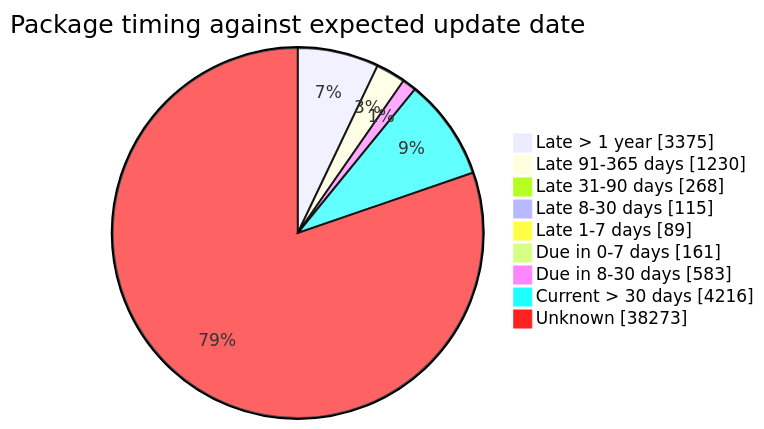
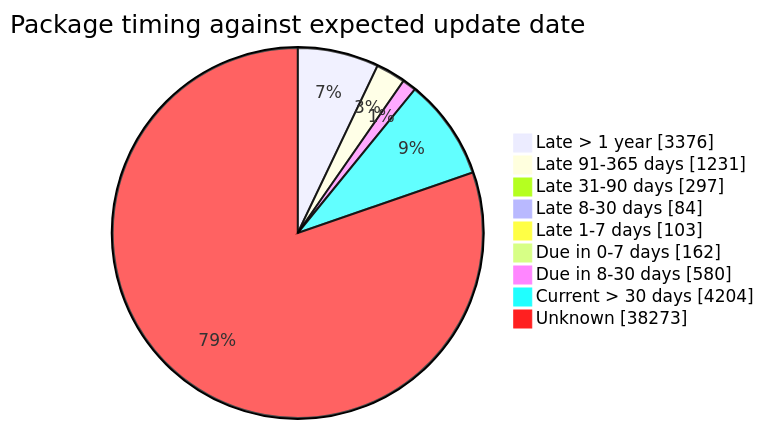
One commit to open-data/analytics-corporate-reporting changed the fourth of 5 diagrams in FreshCheck/README.md. Above: the diagram before and after it, drawn with Mermaid. The commit also changed other lines of this file and 3 other files, not shown here.

````diff
--- a/FreshCheck/README.md
+++ b/FreshCheck/README.md
@@ -86,12 +86,12 @@
 ```mermaid
 pie showData title Package timing against expected update date
-    "Late > 1 year": 3375
-    "Late 91-365 days": 1230
-    "Late 31-90 days": 268
-    "Late 8-30 days": 115
-    "Late 1-7 days": 89
-    "Due in 0-7 days": 161
-    "Due in 8-30 days": 583
-    "Current > 30 days": 4216
+    "Late > 1 year": 3376
+    "Late 91-365 days": 1231
+    "Late 31-90 days": 297
+    "Late 8-30 days": 84
+    "Late 1-7 days": 103
+    "Due in 0-7 days": 162
+    "Due in 8-30 days": 580
+    "Current > 30 days": 4204
     "Unknown": 38273
 ```
````
